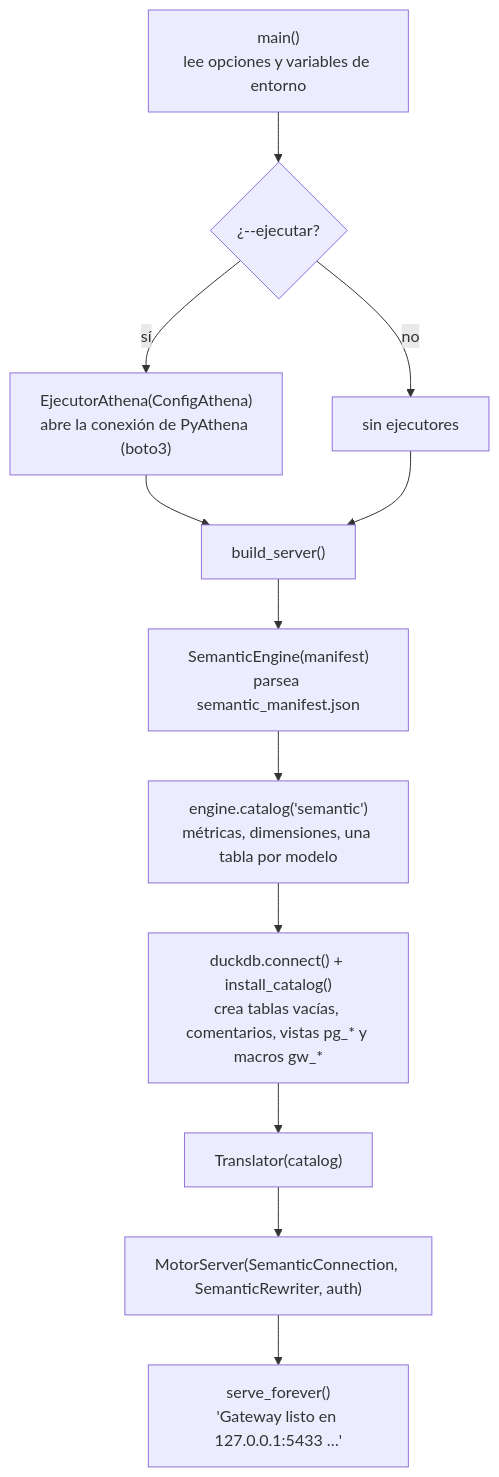
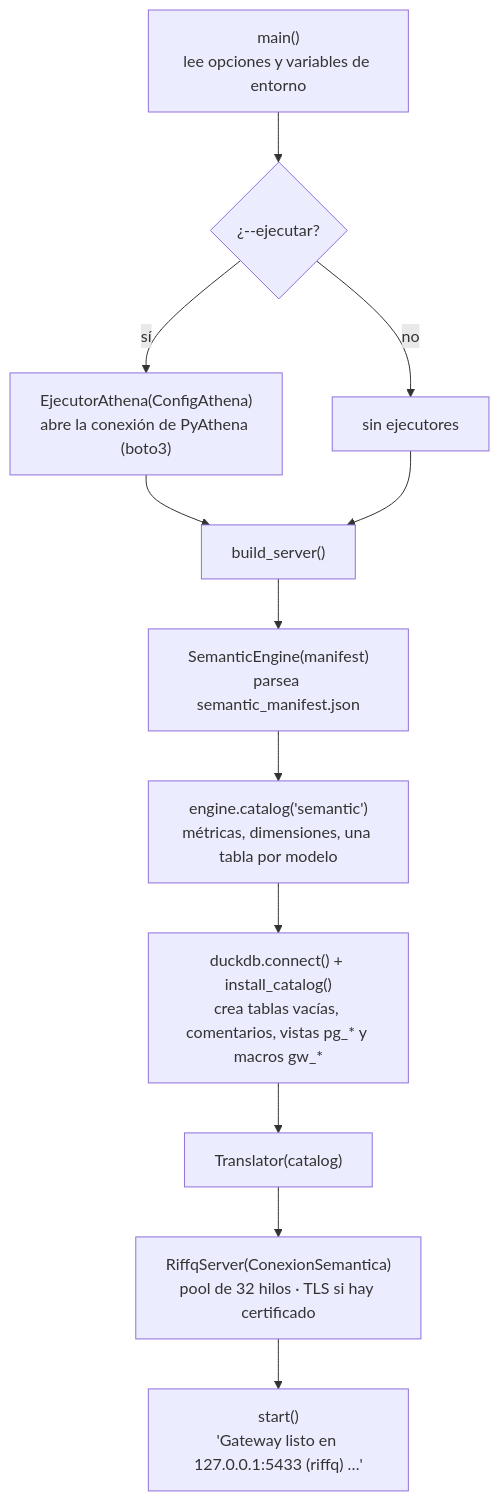
Before and after one commit to Rodarami/dbt-semantic-layer: the second of 8 diagrams in docs/arquitectura_gateway.md, drawn with Mermaid. The commit also changed other lines of this file and 24 other files, not shown here.

````diff
--- a/docs/arquitectura_gateway.md
+++ b/docs/arquitectura_gateway.md
@@ -138,14 +144,14 @@
 ```mermaid
 flowchart TB
     A["main()<br/>lee opciones y variables de entorno"] --> B{"¿--ejecutar?"}
     B -- sí --> C["EjecutorAthena(ConfigAthena)<br/>abre la conexión de PyAthena (boto3)"]
     B -- no --> D["sin ejecutores"]
     C --> E["build_server()"]
     D --> E
     E --> F["SemanticEngine(manifest)<br/>parsea semantic_manifest.json"]
     F --> G["engine.catalog('semantic')<br/>métricas, dimensiones, una tabla por modelo"]
     G --> H["duckdb.connect() + install_catalog()<br/>crea tablas vacías, comentarios, vistas pg_* y macros gw_*"]
     H --> I["Translator(catalog)"]
-    I --> J["MotorServer(SemanticConnection, SemanticRewriter, auth)"]
-    J --> K["serve_forever()<br/>'Gateway listo en 127.0.0.1:5433 …'"]
+    I --> J["RiffqServer(ConexionSemantica)<br/>pool de 32 hilos · TLS si hay certificado"]
+    J --> K["start()<br/>'Gateway listo en 127.0.0.1:5433 (riffq) …'"]
 ```
````
